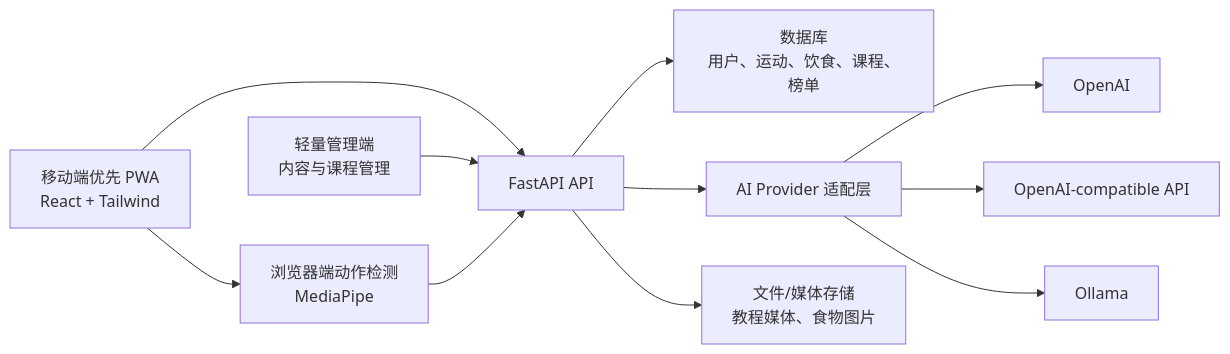
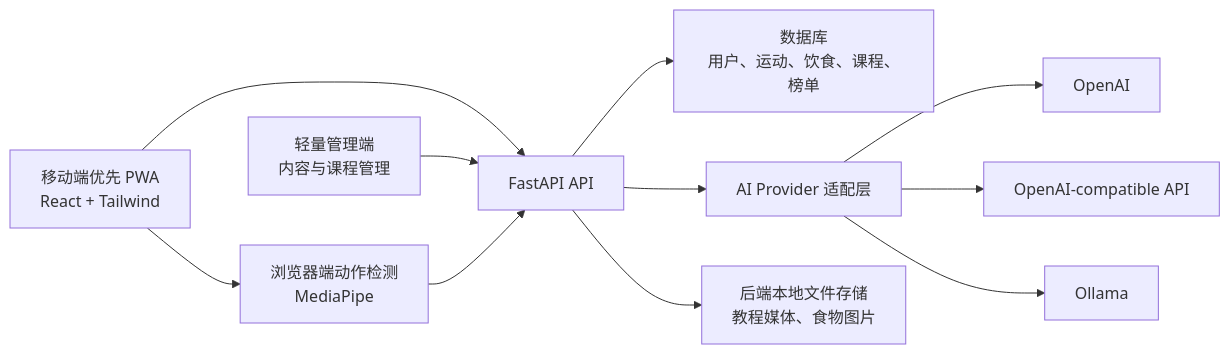
Before and after one commit to OrtonY/smart-gym: the diagram in docs/superpowers/specs/2026-06-05-smart-gym-design.md, drawn with Mermaid. The commit also changed other lines of this file, not shown here.

````diff
--- a/docs/superpowers/specs/2026-06-05-smart-gym-design.md
+++ b/docs/superpowers/specs/2026-06-05-smart-gym-design.md
@@ -29,16 +33,16 @@
 ```mermaid
 flowchart LR
   U["移动端优先 PWA<br/>React + Tailwind"] --> API["FastAPI API"]
   Admin["轻量管理端<br/>内容与课程管理"] --> API
 
   U --> Pose["浏览器端动作检测<br/>MediaPipe"]
   Pose --> API
 
   API --> DB["数据库<br/>用户、运动、饮食、课程、榜单"]
   API --> AI["AI Provider 适配层"]
   AI --> OpenAI["OpenAI"]
   AI --> Compat["OpenAI-compatible API"]
   AI --> Ollama["Ollama"]
 
-  API --> Storage["文件/媒体存储<br/>教程媒体、食物图片"]
+  API --> Storage["后端本地文件存储<br/>教程媒体、食物图片"]
 ```
````
